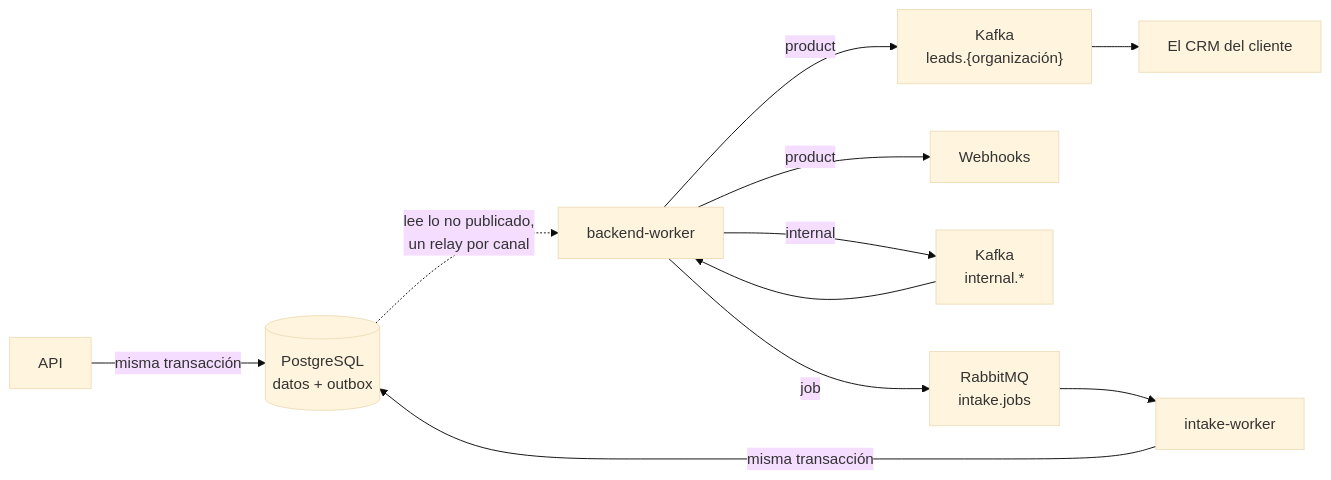
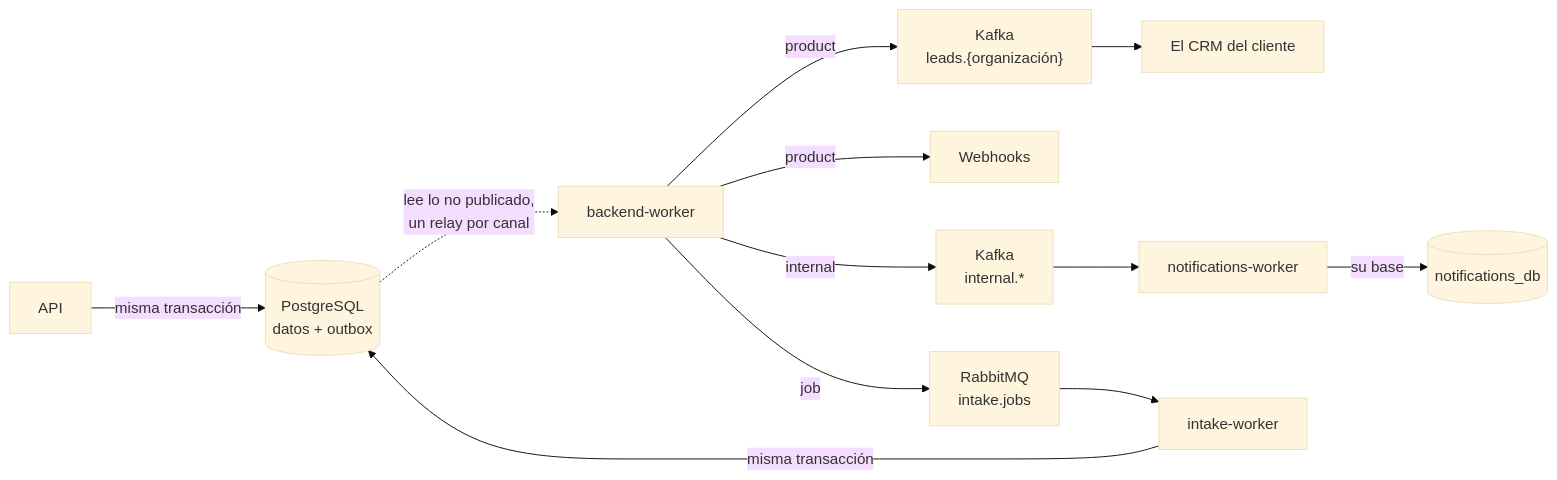
One commit to MDCIrony/leads-hexa changed the diagram in docs/content/eventos/index.md. Above: the diagram before and after it, drawn with Mermaid (base theme). The commit also changed other lines of this file and 21 other files, not shown here.

````diff
--- a/docs/content/eventos/index.md
+++ b/docs/content/eventos/index.md
@@ -45,13 +45,14 @@
 ```mermaid
 flowchart LR
     API["API"] -->|misma transacción| DB[("PostgreSQL<br/>datos + outbox")]
     DB -.->|"lee lo no publicado,<br/>un relay por canal"| BW["backend-worker"]
     BW -->|"product"| K["Kafka<br/>leads.{organización}"]
     BW -->|"product"| WH["Webhooks"]
     BW -->|"internal"| KI["Kafka<br/>internal.*"]
     BW -->|"job"| RMQ["RabbitMQ<br/>intake.jobs"]
     K --> CRM["El CRM del cliente"]
-    KI --> BW
+    KI --> NW["notifications-worker"]
+    NW -->|"su base"| NDB[("notifications_db")]
     RMQ --> W["intake-worker"]
     W -->|misma transacción| DB
 ```
````
